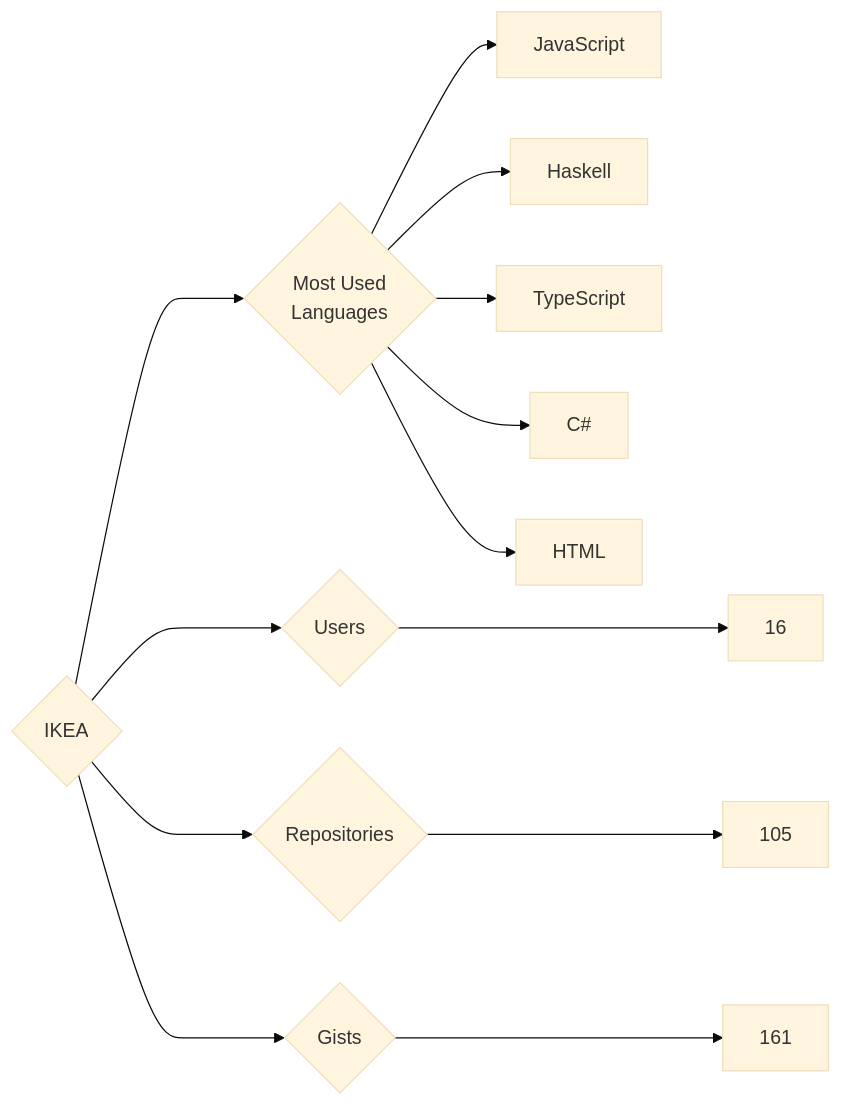
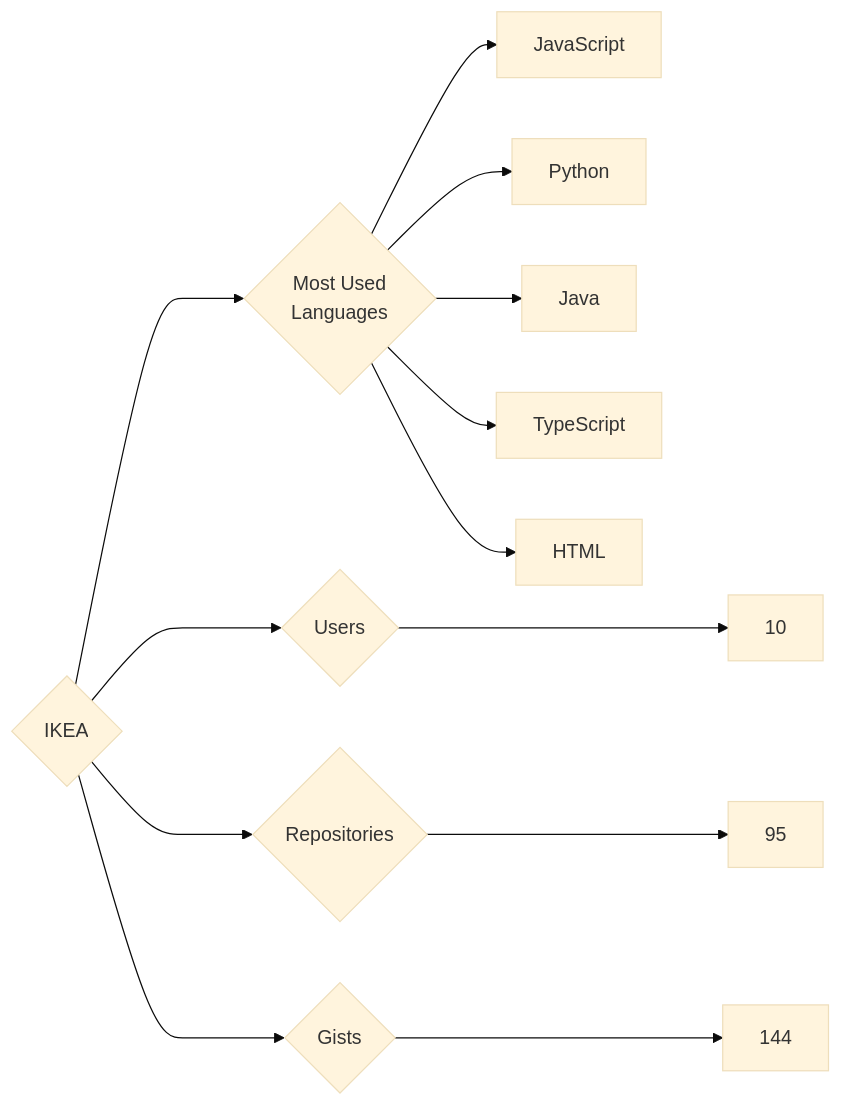
The diagram in targets/IKEA/README.md (trickest/insiders), drawn with Mermaid (base theme) before and after one commit. The commit also changed 838 other files, not shown here.

````diff
--- a/targets/IKEA/README.md
+++ b/targets/IKEA/README.md
@@ -3,13 +3,13 @@
 ```mermaid
 graph LR
 COMPANY_NAME{IKEA}
-COMPANY_NAME ---> U{Users} ---> UN[16]
-COMPANY_NAME ---> R{Repositories} ---> RN[105]
-COMPANY_NAME ---> G{Gists} ---> GN[161]
+COMPANY_NAME ---> U{Users} ---> UN[10]
+COMPANY_NAME ---> R{Repositories} ---> RN[95]
+COMPANY_NAME ---> G{Gists} ---> GN[144]
 COMPANY_NAME ---> ML{Most Used<br>Languages}
 ML --> JavaScript[JavaScript]
-ML --> Haskell[Haskell]
+ML --> Python[Python]
+ML --> Java[Java]
 ML --> TypeScript[TypeScript]
-ML --> C#[C#]
 ML --> HTML[HTML]
 ```
````
